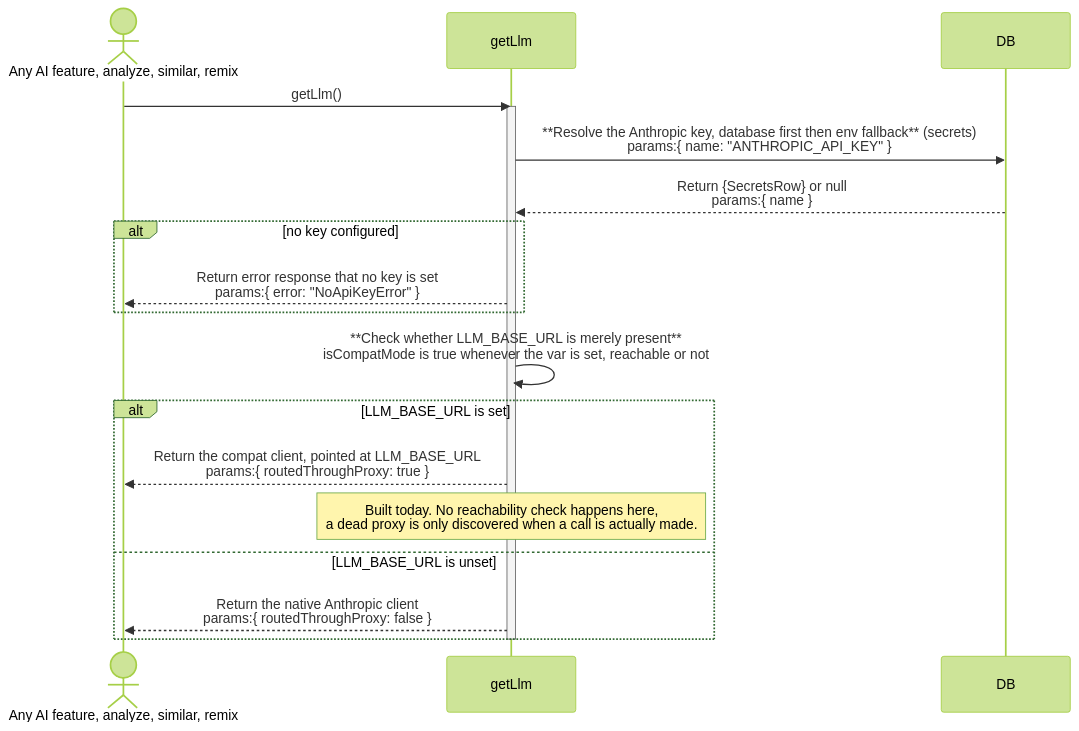
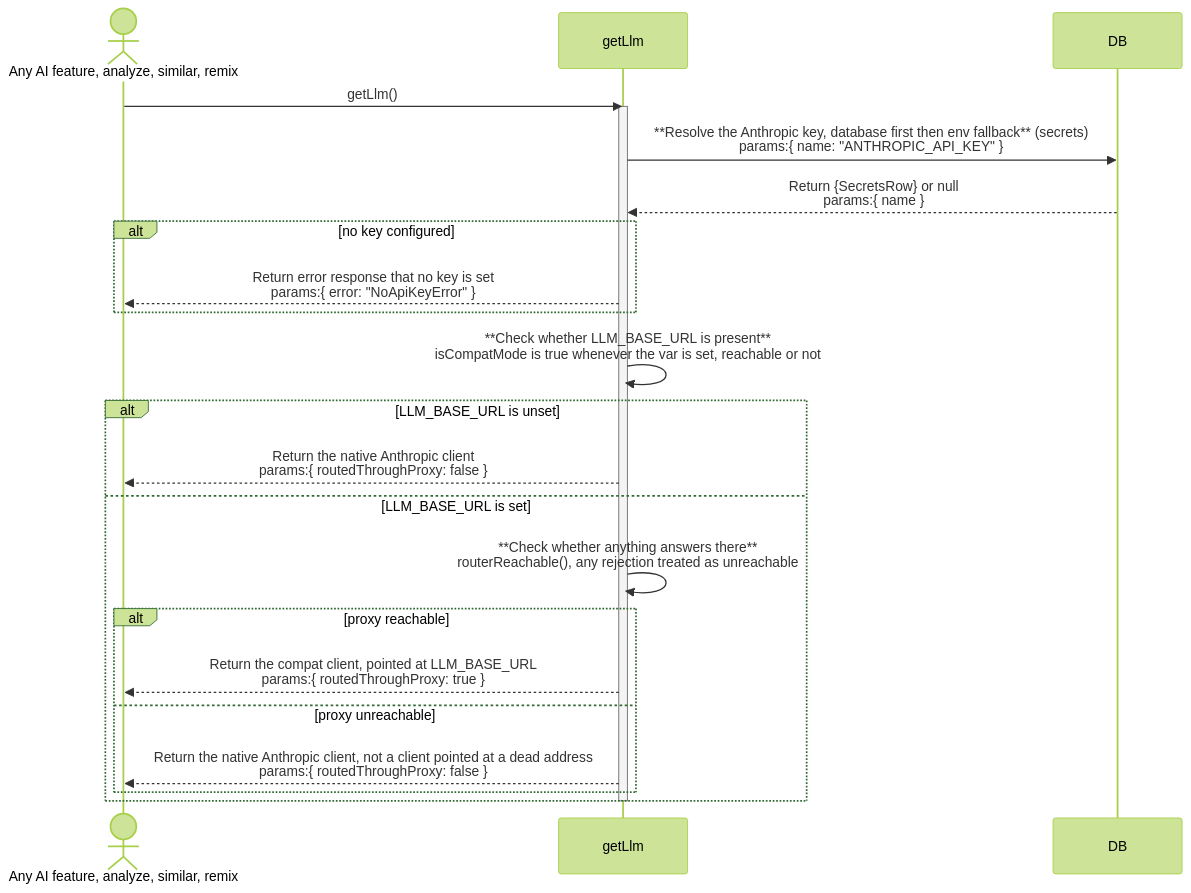
One commit to Kaiships-ai/crowsnest changed the seventh of 7 diagrams in documents/architect/core-components/onboarding/02-architecture.md. Above: the diagram before and after it, drawn with Mermaid (forest theme). The commit also changed other lines of this file and 2 other files, not shown here.

First line of the commit message:
docs(onboarding): sync docs to shipped ENH-1 (dashboard credentials + LLM fallback)

````diff
--- a/documents/architect/core-components/onboarding/02-architecture.md
+++ b/documents/architect/core-components/onboarding/02-architecture.md
@@ -207,22 +238,26 @@
 ```mermaid
 sequenceDiagram
     actor UI as Any AI feature, analyze, similar, remix
     participant Getllm as getLlm
     participant DB
 
     UI->>Getllm: getLlm()
     activate Getllm
     Getllm->>DB: **Resolve the Anthropic key, database first then env fallback** (secrets)<br/>params:{ name: "ANTHROPIC_API_KEY" }
     DB-->>Getllm: Return {SecretsRow} or null<br/>params:{ name }
     alt no key configured
         Getllm-->>UI: Return error response that no key is set<br/>params:{ error: "NoApiKeyError" }
     end
-    Getllm->>Getllm: **Check whether LLM_BASE_URL is merely present**<br/>isCompatMode is true whenever the var is set, reachable or not
-    alt LLM_BASE_URL is set
-        Getllm-->>UI: Return the compat client, pointed at LLM_BASE_URL<br/>params:{ routedThroughProxy: true }
-        Note over Getllm: Built today. No reachability check happens here,<br/>a dead proxy is only discovered when a call is actually made.
-    else LLM_BASE_URL is unset
+    Getllm->>Getllm: **Check whether LLM_BASE_URL is present**<br/>isCompatMode is true whenever the var is set, reachable or not
+    alt LLM_BASE_URL is unset
         Getllm-->>UI: Return the native Anthropic client<br/>params:{ routedThroughProxy: false }
+    else LLM_BASE_URL is set
+        Getllm->>Getllm: **Check whether anything answers there**<br/>routerReachable(), any rejection treated as unreachable
+        alt proxy reachable
+            Getllm-->>UI: Return the compat client, pointed at LLM_BASE_URL<br/>params:{ routedThroughProxy: true }
+        else proxy unreachable
+            Getllm-->>UI: Return the native Anthropic client, not a client pointed at a dead address<br/>params:{ routedThroughProxy: false }
+        end
     end
     deactivate Getllm
 ```
````
